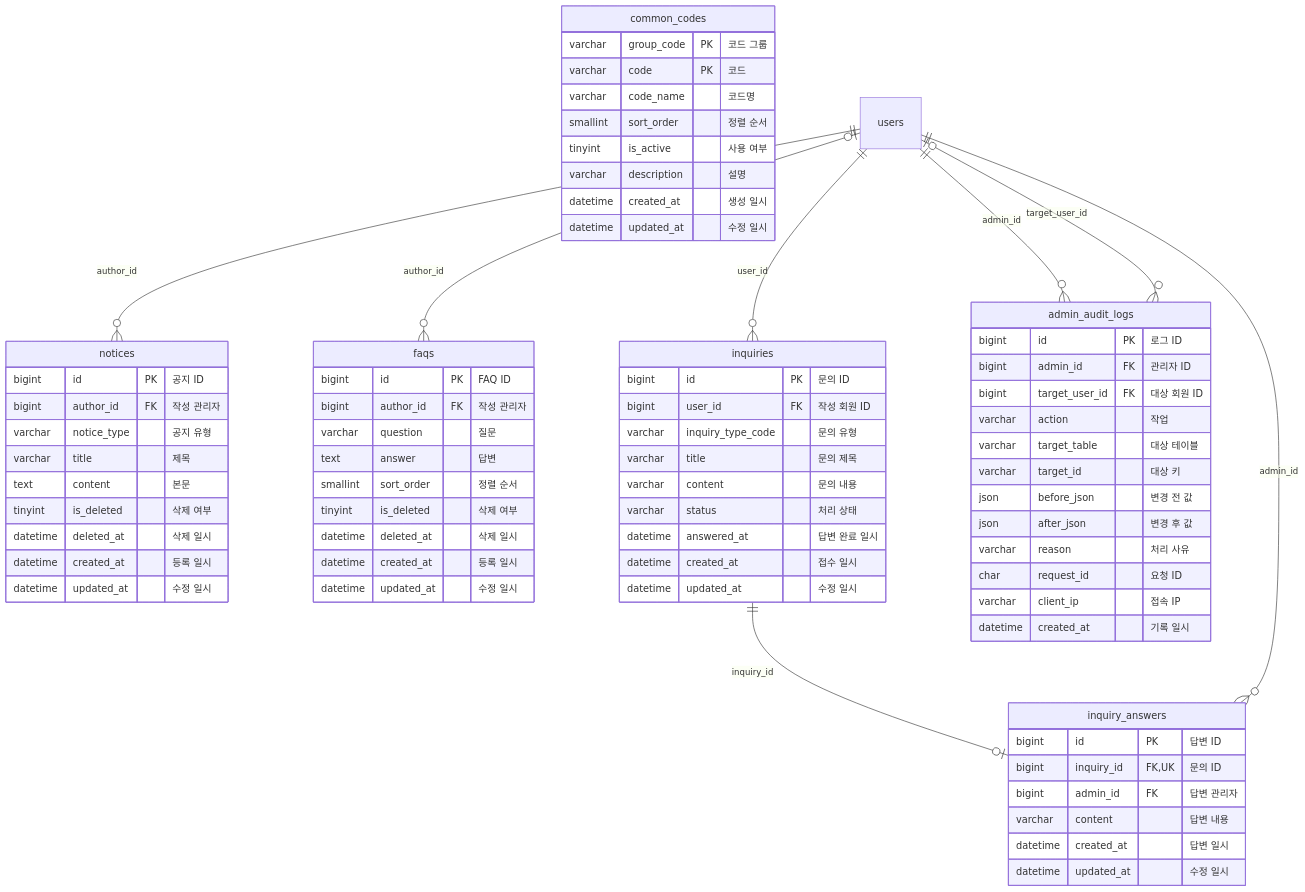
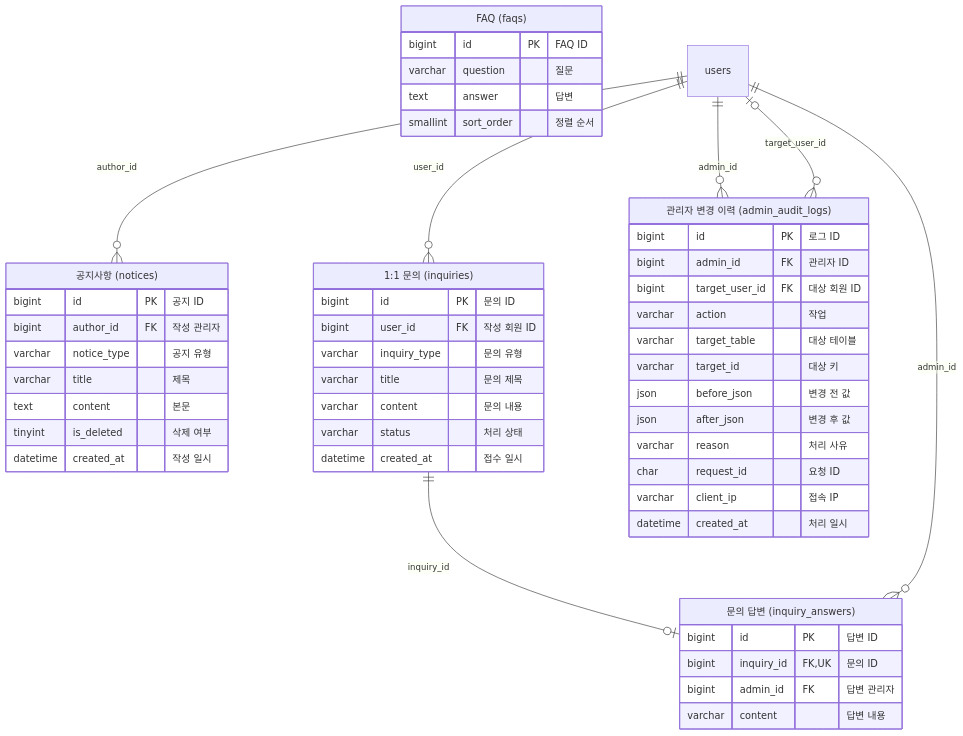
The seventh of 7 diagrams in docs/ERD.md (team-ap-cert-sniper/cert-sniper), drawn with Mermaid before and after one commit. The commit also changed other lines of this file and 29 other files, not shown here.

Commit message:
DB 설계서 업데이트: 스키아- ERD - 플로우차트 - etl - README

````diff
--- a/docs/ERD.md
+++ b/docs/ERD.md
@@ -606,75 +415,53 @@
 ```mermaid
 erDiagram
-    common_codes {
-        varchar group_code PK "코드 그룹"
-        varchar code PK "코드"
-        varchar code_name "코드명"
-        smallint sort_order "정렬 순서"
-        tinyint is_active "사용 여부"
-        varchar description "설명"
-        datetime created_at "생성 일시"
-        datetime updated_at "수정 일시"
-    }
-    notices {
+    notices["공지사항 (notices)"] {
         bigint id PK "공지 ID"
         bigint author_id FK "작성 관리자"
         varchar notice_type "공지 유형"
         varchar title "제목"
         text content "본문"
         tinyint is_deleted "삭제 여부"
-        datetime deleted_at "삭제 일시"
-        datetime created_at "등록 일시"
-        datetime updated_at "수정 일시"
+        datetime created_at "작성 일시"
     }
-    faqs {
+    faqs["FAQ (faqs)"] {
         bigint id PK "FAQ ID"
-        bigint author_id FK "작성 관리자"
         varchar question "질문"
         text answer "답변"
         smallint sort_order "정렬 순서"
-        tinyint is_deleted "삭제 여부"
-        datetime deleted_at "삭제 일시"
-        datetime created_at "등록 일시"
-        datetime updated_at "수정 일시"
     }
-    inquiries {
+    inquiries["1:1 문의 (inquiries)"] {
         bigint id PK "문의 ID"
         bigint user_id FK "작성 회원 ID"
-        varchar inquiry_type_code "문의 유형"
+        varchar inquiry_type "문의 유형"
         varchar title "문의 제목"
         varchar content "문의 내용"
         varchar status "처리 상태"
-        datetime answered_at "답변 완료 일시"
         datetime created_at "접수 일시"
-        datetime updated_at "수정 일시"
     }
-    inquiry_answers {
+    inquiry_answers["문의 답변 (inquiry_answers)"] {
         bigint id PK "답변 ID"
-        bigint inquiry_id FK, UK "문의 ID"
+        bigint inquiry_id FK,UK "문의 ID"
         bigint admin_id FK "답변 관리자"
         varchar content "답변 내용"
-        datetime created_at "답변 일시"
-        datetime updated_at "수정 일시"
     }
-    admin_audit_logs {
+    admin_audit_logs["관리자 변경 이력 (admin_audit_logs)"] {
         bigint id PK "로그 ID"
         bigint admin_id FK "관리자 ID"
         bigint target_user_id FK "대상 회원 ID"
         varchar action "작업"
         varchar target_table "대상 테이블"
         varchar target_id "대상 키"
         json before_json "변경 전 값"
         json after_json "변경 후 값"
         varchar reason "처리 사유"
         char request_id "요청 ID"
         varchar client_ip "접속 IP"
-        datetime created_at "기록 일시"
+        datetime created_at "처리 일시"
     }
     users ||--o{ notices : "author_id"
-    users |o--o{ faqs : "author_id"
     users ||--o{ inquiries : "user_id"
     inquiries ||--o| inquiry_answers : "inquiry_id"
     users ||--o{ inquiry_answers : "admin_id"
     users ||--o{ admin_audit_logs : "admin_id"
     users |o--o{ admin_audit_logs : "target_user_id"
 ```
````
